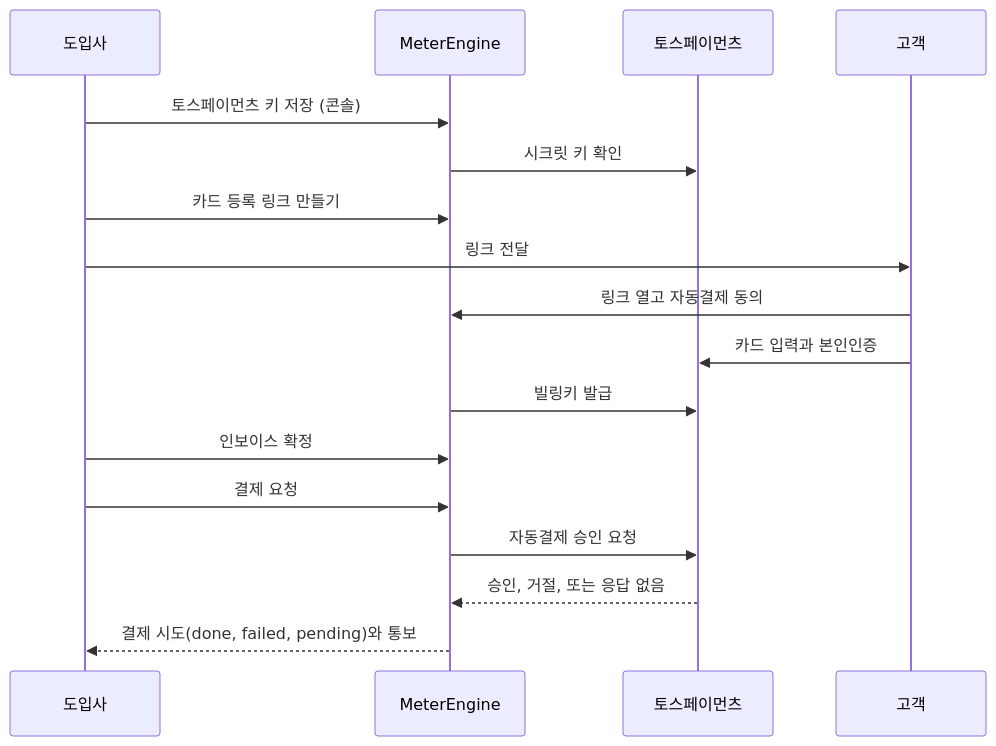
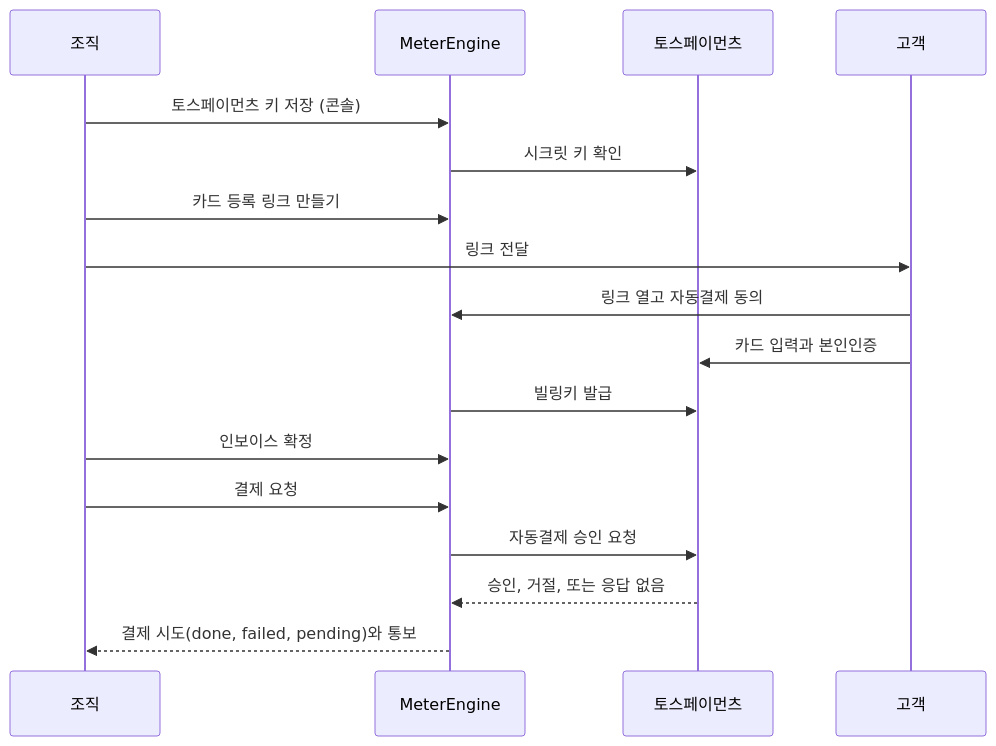
One commit to asm17-ms2/meterengine changed the diagram in guide/payments/overview.mdx. Above: the diagram before and after it, drawn with Mermaid. The commit also changed other lines of this file and 192 other files, not shown here.

````diff
--- a/guide/payments/overview.mdx
+++ b/guide/payments/overview.mdx
@@ -38,19 +38,19 @@
 ```mermaid
 sequenceDiagram
-    participant D as 도입사
+    participant D as 조직
     participant M as MeterEngine
     participant T as 토스페이먼츠
     participant C as 고객
     D->>M: 토스페이먼츠 키 저장 (콘솔)
     M->>T: 시크릿 키 확인
     D->>M: 카드 등록 링크 만들기
     D->>C: 링크 전달
     C->>M: 링크 열고 자동결제 동의
     C->>T: 카드 입력과 본인인증
     M->>T: 빌링키 발급
     D->>M: 인보이스 확정
     D->>M: 결제 요청
     M->>T: 자동결제 승인 요청
     T-->>M: 승인, 거절, 또는 응답 없음
     M-->>D: 결제 시도(done, failed, pending)와 통보
 ```
````
